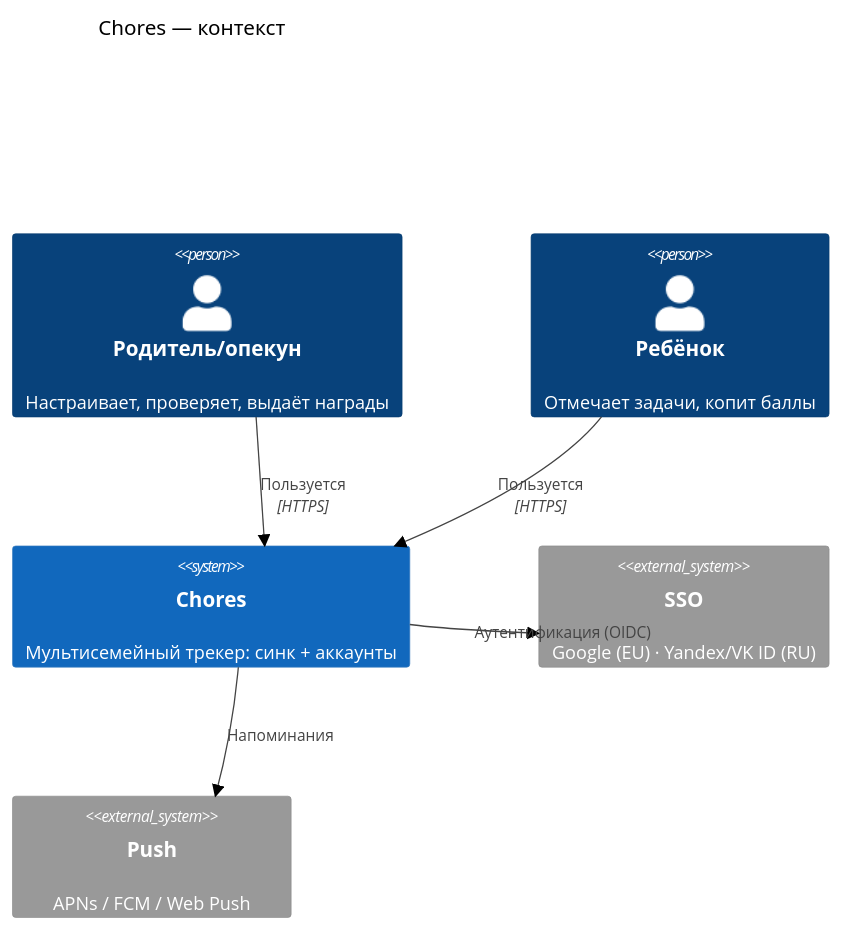
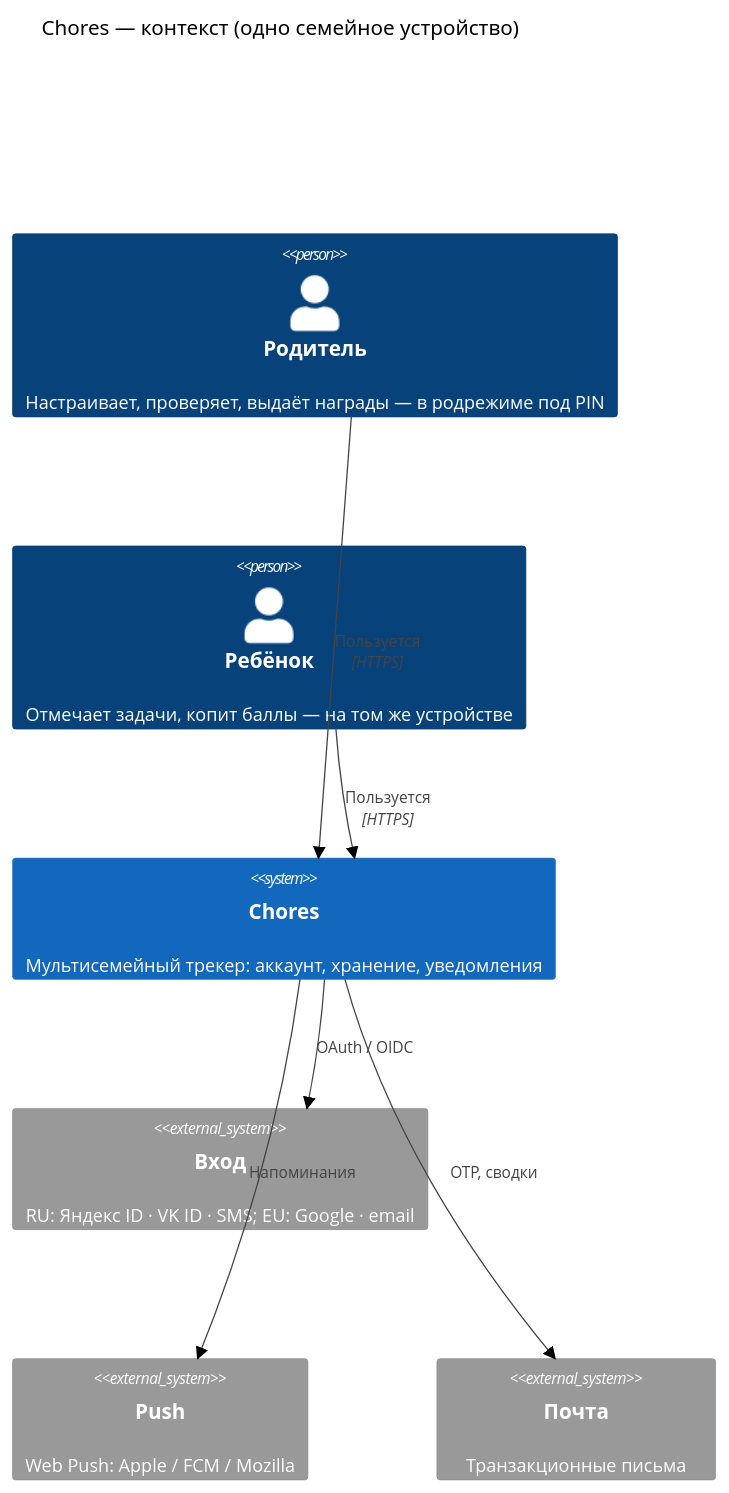
The first of 2 diagrams in research/02-backend-architecture.md (SiritosKon/kids-chores), drawn with Mermaid (forest theme) before and after one commit. The commit also changed other lines of this file and 1 other file, not shown here.

````diff
--- a/research/02-backend-architecture.md
+++ b/research/02-backend-architecture.md
@@ -72,14 +418,16 @@
 ```mermaid
 C4Context
-  title Chores — контекст
-  Person(parent, "Родитель/опекун", "Настраивает, проверяет, выдаёт награды")
-  Person(child, "Ребёнок", "Отмечает задачи, копит баллы")
-  System(app, "Chores", "Мультисемейный трекер: синк + аккаунты")
-  System_Ext(idp, "SSO", "Google (EU) · Yandex/VK ID (RU)")
-  System_Ext(push, "Push", "APNs / FCM / Web Push")
+  title Chores — контекст (одно семейное устройство)
+  Person(parent, "Родитель", "Настраивает, проверяет, выдаёт награды — в родрежиме под PIN")
+  Person(child, "Ребёнок", "Отмечает задачи, копит баллы — на том же устройстве")
+  System(app, "Chores", "Мультисемейный трекер: аккаунт, хранение, уведомления")
+  System_Ext(idp, "Вход", "RU: Яндекс ID · VK ID · SMS; EU: Google · email")
+  System_Ext(push, "Push", "Web Push: Apple / FCM / Mozilla")
+  System_Ext(mail, "Почта", "Транзакционные письма")
   Rel(parent, app, "Пользуется", "HTTPS")
   Rel(child, app, "Пользуется", "HTTPS")
-  Rel_D(app, idp, "Аутентификация (OIDC)")
+  Rel_D(app, idp, "OAuth / OIDC")
   Rel_D(app, push, "Напоминания")
-  UpdateLayoutConfig($c4ShapeInRow="2", $c4BoundaryInRow="1")
+  Rel_D(app, mail, "OTP, сводки")
+  UpdateLayoutConfig($c4ShapeInRow="3", $c4BoundaryInRow="1")
 ```
````
